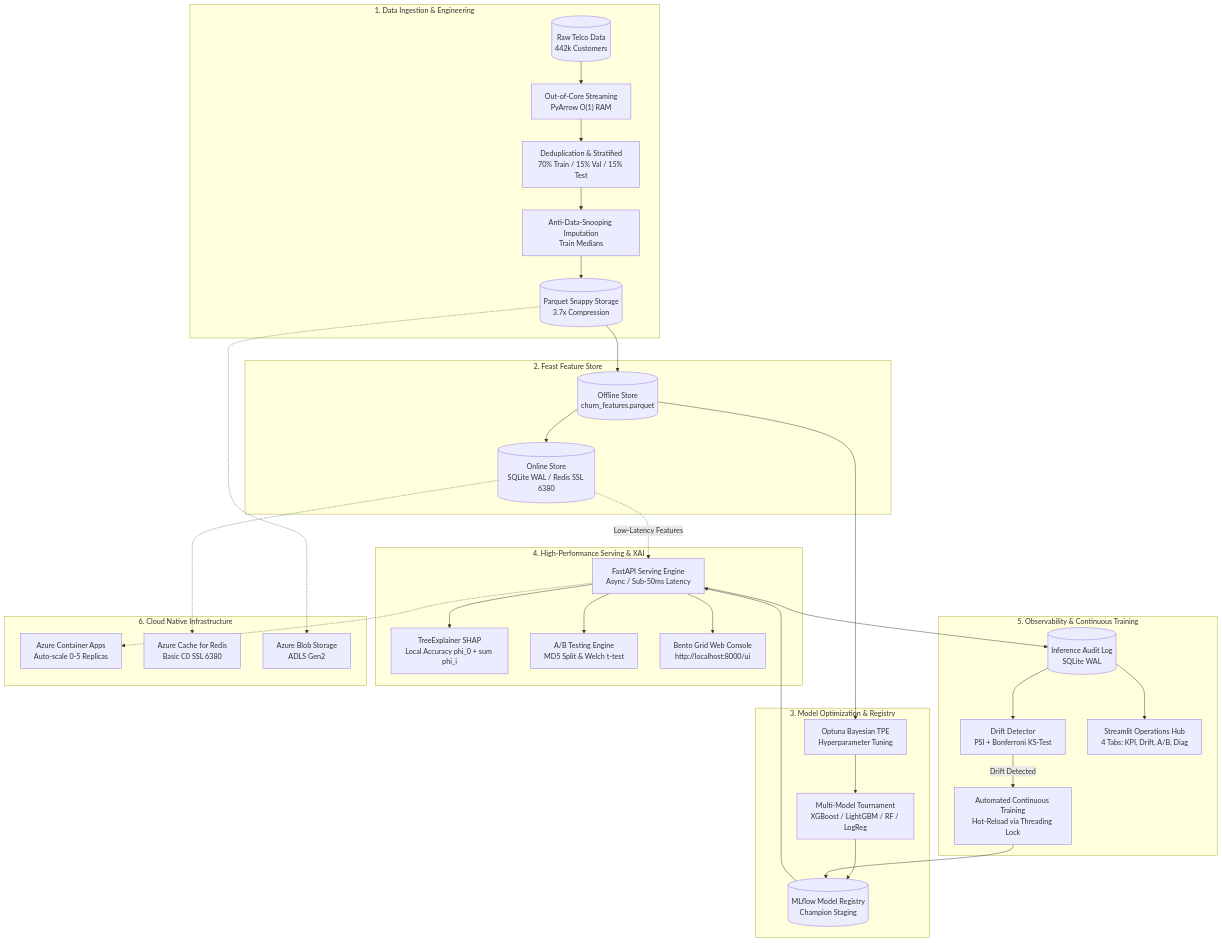
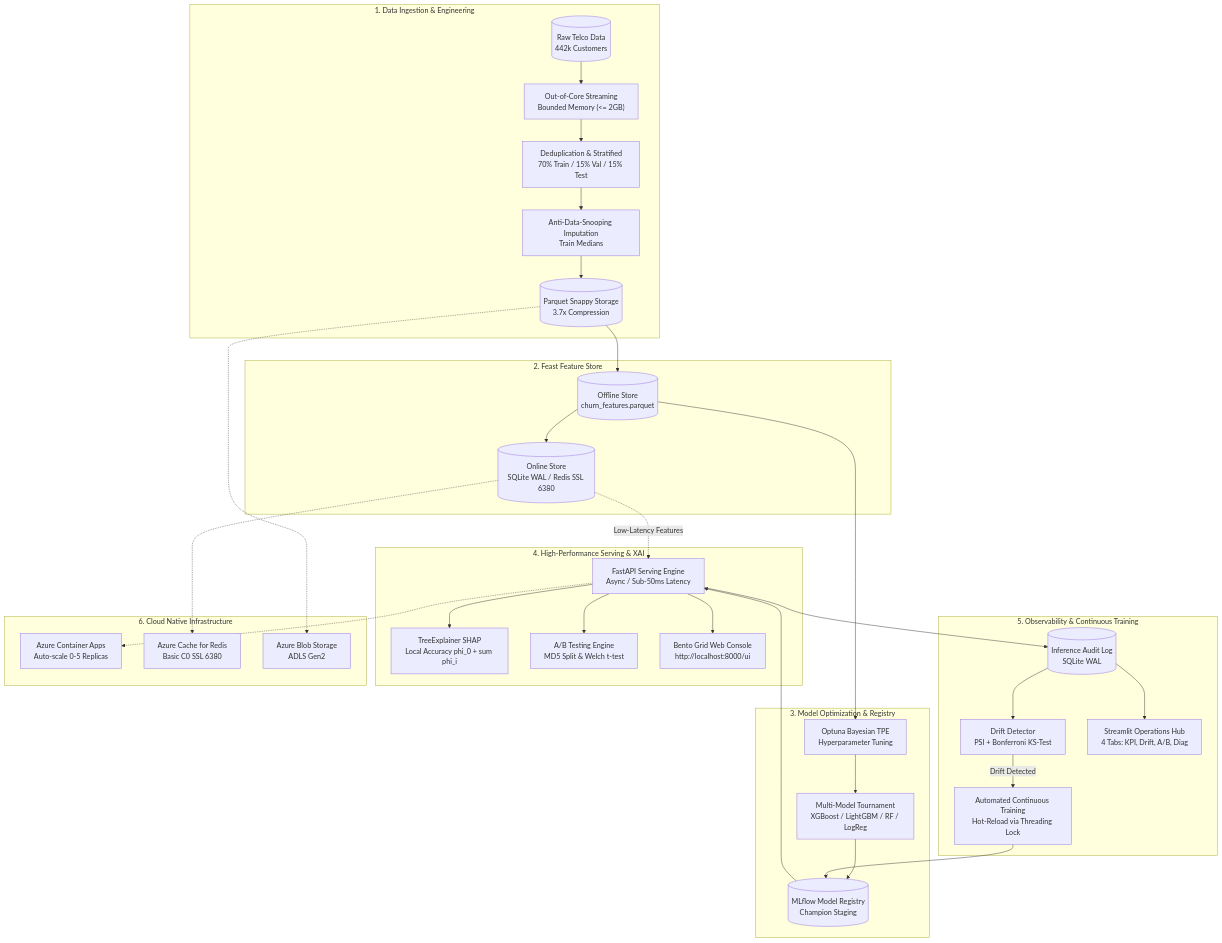
Before and after one commit to chinhpui23th07/Customer-Churn-Prediction-IS402.R11: the diagram in README.md, drawn with Mermaid. The commit also changed other lines of this file and 5 other files, not shown here.

First line of the commit message:
fix(kkbox): resolve DuckDB COPY parameter conflict, figure mode mismatch, and API route ordering

````diff
--- a/README.md
+++ b/README.md
@@ -52,42 +52,42 @@
 ```mermaid
 flowchart TD
     subgraph DataTier["1. Data Ingestion & Engineering"]
-        RAW[("Raw Telco Data<br/>442k Customers")] --> STREAM["Out-of-Core Streaming<br/>PyArrow O(1) RAM"]
+        RAW[("Raw Telco Data<br/>442k Customers")] --> STREAM["Out-of-Core Streaming<br/>Bounded Memory (<= 2GB)"]
         STREAM --> DEDUP["Deduplication & Stratified<br/>70% Train / 15% Val / 15% Test"]
         DEDUP --> IMPUTE["Anti-Data-Snooping Imputation<br/>Train Medians"]
         IMPUTE --> PARQUET[("Parquet Snappy Storage<br/>3.7x Compression")]
     end
 
     subgraph FeatureStore["2. Feast Feature Store"]
         PARQUET --> FEAST_OFFLINE[("Offline Store<br/>churn_features.parquet")]
         FEAST_OFFLINE --> FEAST_ONLINE[("Online Store<br/>SQLite WAL / Redis SSL 6380")]
     end
 
     subgraph MLPipeline["3. Model Optimization & Registry"]
         FEAST_OFFLINE --> OPTUNA["Optuna Bayesian TPE<br/>Hyperparameter Tuning"]
         OPTUNA --> TOURNAMENT["Multi-Model Tournament<br/>XGBoost / LightGBM / RF / LogReg"]
         TOURNAMENT --> MLFLOW[("MLflow Model Registry<br/>Champion Staging")]
     end
 
     subgraph ServingTier["4. High-Performance Serving & XAI"]
         MLFLOW --> FASTAPI["FastAPI Serving Engine<br/>Async / Sub-50ms Latency"]
         FEAST_ONLINE -.->|Low-Latency Features| FASTAPI
         FASTAPI --> SHAP["TreeExplainer SHAP<br/>Local Accuracy phi_0 + sum phi_i"]
         FASTAPI --> AB["A/B Testing Engine<br/>MD5 Split & Welch t-test"]
         FASTAPI --> BENTO["Bento Grid Web Console<br/>http://localhost:8000/ui"]
     end
 
     subgraph Observability["5. Observability & Continuous Training"]
         FASTAPI --> AUDIT_DB[("Inference Audit Log<br/>SQLite WAL")]
         AUDIT_DB --> DRIFT["Drift Detector<br/>PSI + Bonferroni KS-Test"]
         DRIFT -->|Drift Detected| RETRAIN["Automated Continuous Training<br/>Hot-Reload via Threading Lock"]
         RETRAIN --> MLFLOW
         AUDIT_DB --> STREAMLIT["Streamlit Operations Hub<br/>4 Tabs: KPI, Drift, A/B, Diag"]
     end
 
     subgraph CloudInfra["6. Cloud Native Infrastructure"]
         FASTAPI -.-> ACA["Azure Container Apps<br/>Auto-scale 0-5 Replicas"]
         FEAST_ONLINE -.-> REDIS["Azure Cache for Redis<br/>Basic C0 SSL 6380"]
         PARQUET -.-> BLOB["Azure Blob Storage<br/>ADLS Gen2"]
     end
 ```
````
